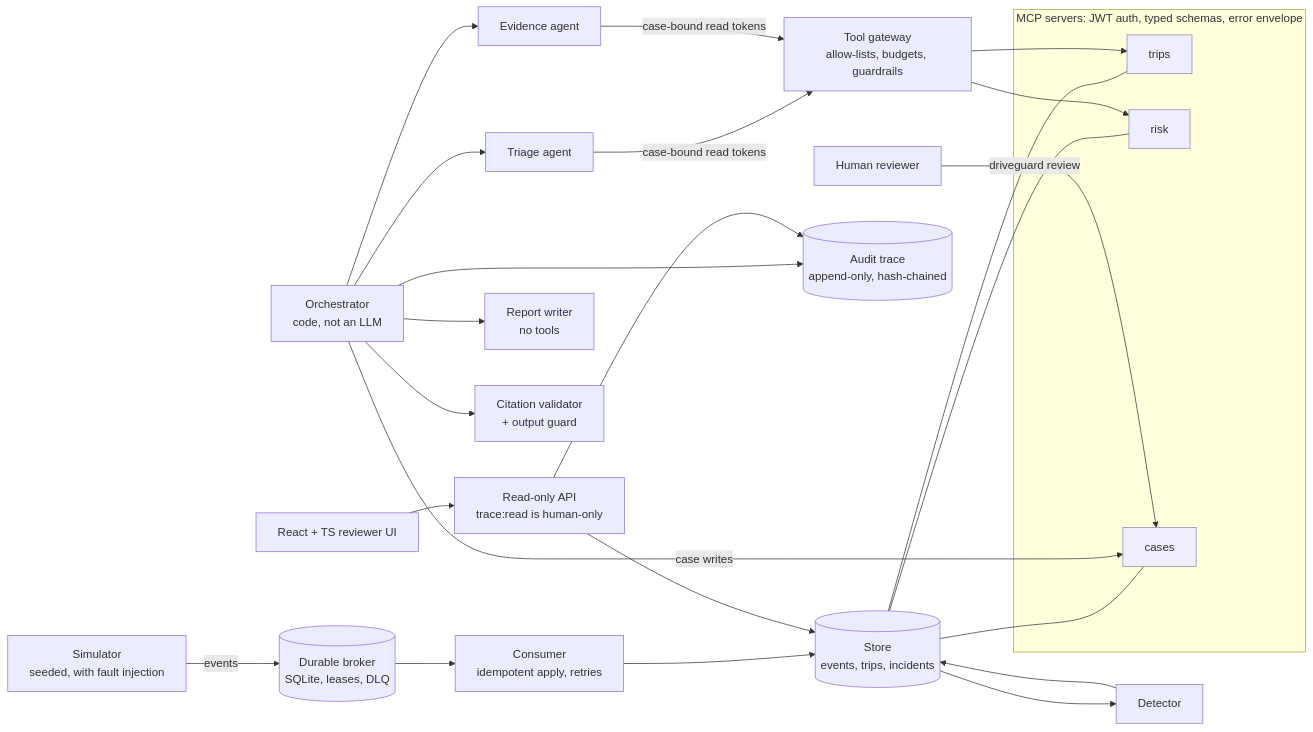
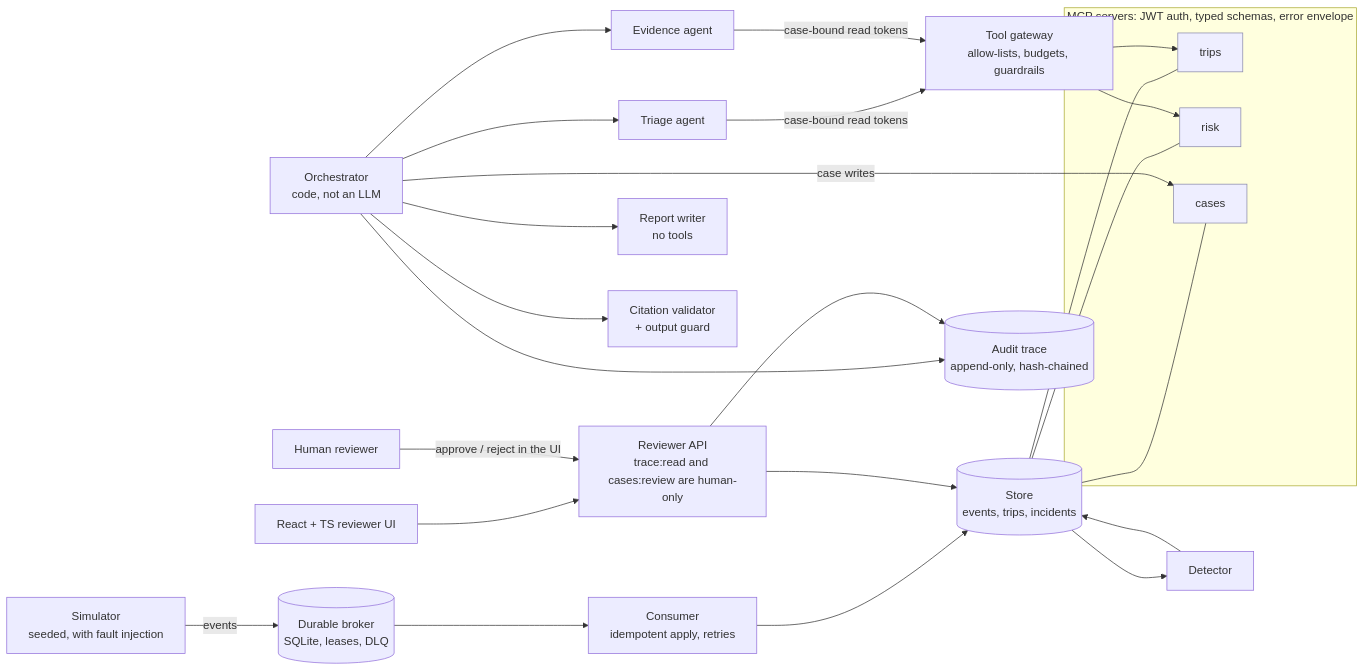
Before and after one commit to agvs03/driveguard: the diagram in README.md, drawn with Mermaid. The commit also changed other lines of this file and 24 other files, not shown here.

````diff
--- a/README.md
+++ b/README.md
@@ -23,23 +23,23 @@
 ```mermaid
 flowchart LR
   sim[Simulator<br/>seeded, with fault injection] -->|events| broker[(Durable broker<br/>SQLite, leases, DLQ)]
   broker --> consumer[Consumer<br/>idempotent apply, retries]
   consumer --> store[(Store<br/>events, trips, incidents)]
   store --> detector[Detector] --> store
   subgraph MCP servers [MCP servers: JWT auth, typed schemas, error envelope]
     trips[trips]:::srv
     risk[risk]:::srv
     cases[cases]:::srv
   end
   store --- trips & risk & cases
   orch[Orchestrator<br/>code, not an LLM] --> triage[Triage agent] & evidence[Evidence agent] & writer[Report writer<br/>no tools]
   triage & evidence -->|case-bound read tokens| gw[Tool gateway<br/>allow-lists, budgets, guardrails]
   gw --> trips & risk
   orch -->|case writes| cases
   orch --> val[Citation validator<br/>+ output guard]
   orch --> trace[(Audit trace<br/>append-only, hash-chained)]
-  api[Read-only API<br/>trace:read is human-only] --> store & trace
+  api[Reviewer API<br/>trace:read and cases:review are human-only] --> store & trace
   ui[React + TS reviewer UI] --> api
-  human[Human reviewer] -->|driveguard review| cases
+  human[Human reviewer] -->|approve / reject in the UI| api
   classDef srv fill:#eef,stroke:#88a
 ```
````
